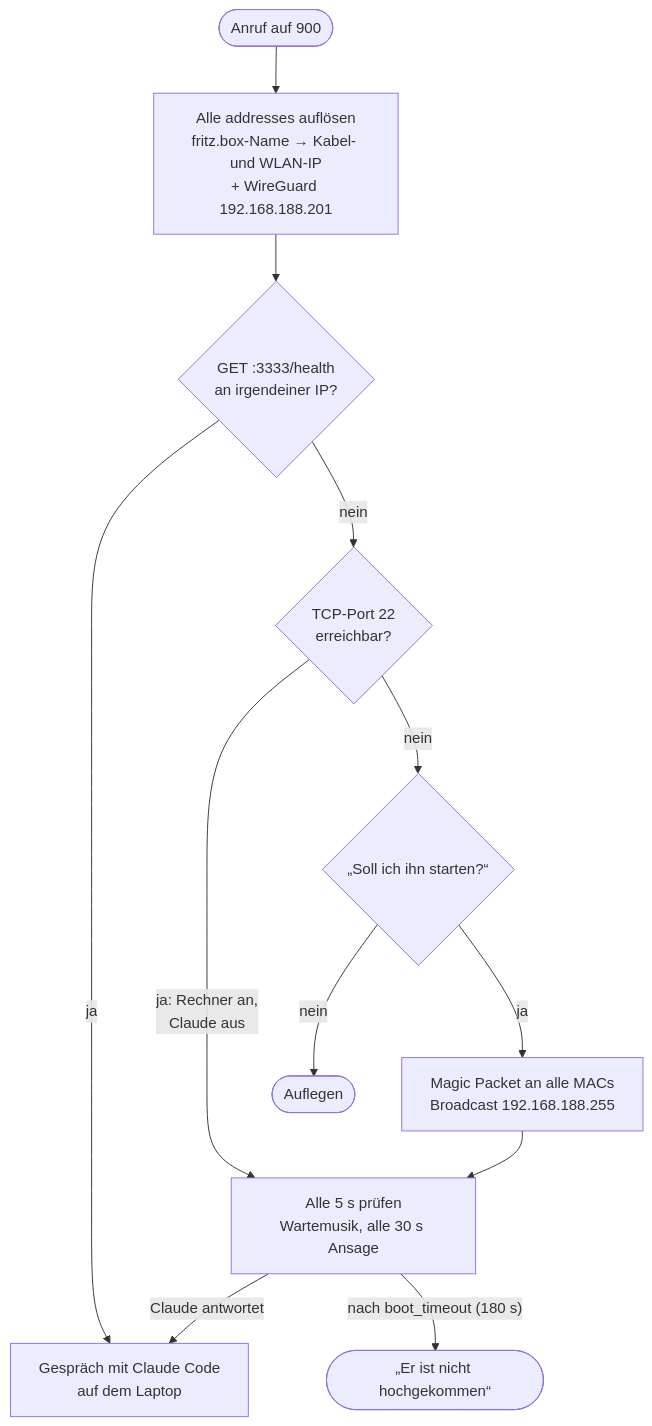
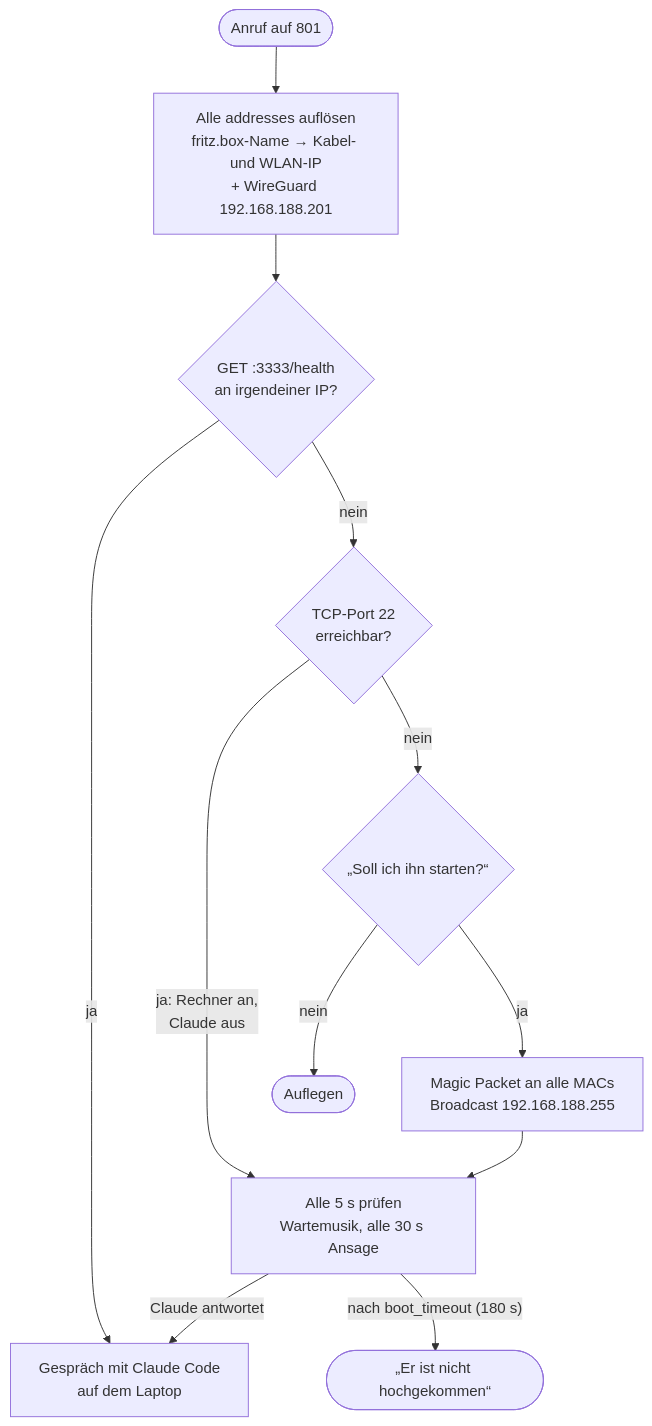
One commit to dajuly20/claude-phone-freepbx changed the third of 4 diagrams in README.md. Above: the diagram before and after it, drawn with Mermaid. The commit also changed other lines of this file and 5 other files, not shown here.

````diff
--- a/README.md
+++ b/README.md
@@ -91,14 +91,14 @@
 ```mermaid
 flowchart TD
-    start([Anruf auf 900]) --> resolve["Alle addresses auflösen<br/>fritz.box-Name → Kabel- und WLAN-IP<br/>+ WireGuard 192.168.188.201"]
+    start([Anruf auf 801]) --> resolve["Alle addresses auflösen<br/>fritz.box-Name → Kabel- und WLAN-IP<br/>+ WireGuard 192.168.188.201"]
     resolve --> health{"GET :3333/health<br/>an irgendeiner IP?"}
     health -- ja --> talk["Gespräch mit Claude Code<br/>auf dem Laptop"]
     health -- nein --> probe{"TCP-Port 22<br/>erreichbar?"}
     probe -- "ja: Rechner an,<br/>Claude aus" --> wait
     probe -- nein --> ask{"„Soll ich ihn starten?“"}
     ask -- nein --> bye([Auflegen])
     ask -- ja --> wol["Magic Packet an alle MACs<br/>Broadcast 192.168.188.255"]
     wol --> wait["Alle 5 s prüfen<br/>Wartemusik, alle 30 s Ansage"]
     wait -- "Claude antwortet" --> talk
     wait -- "nach boot_timeout (180 s)" --> fail([„Er ist nicht hochgekommen“])
 ```
````
